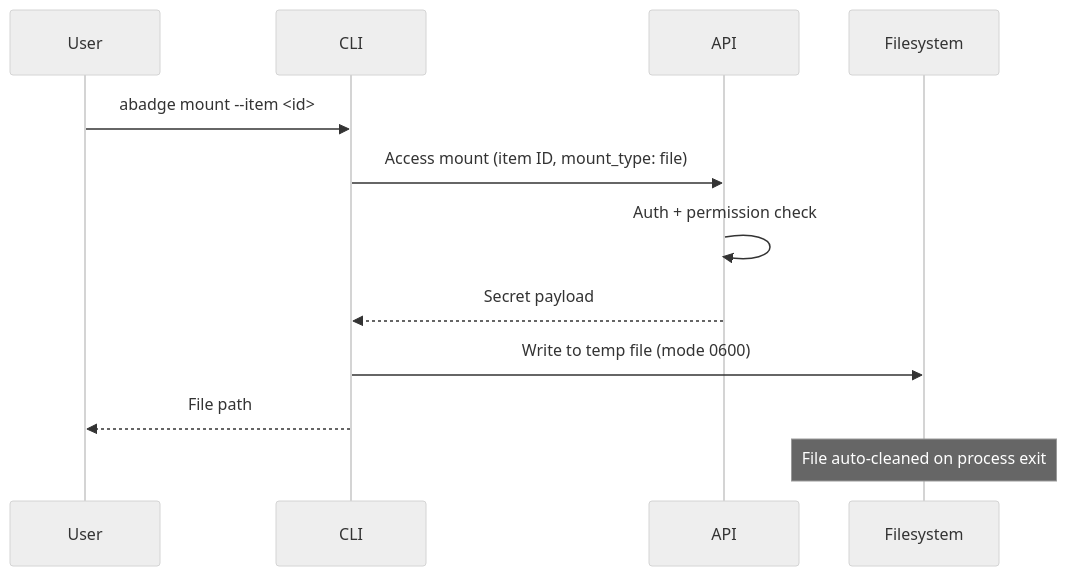
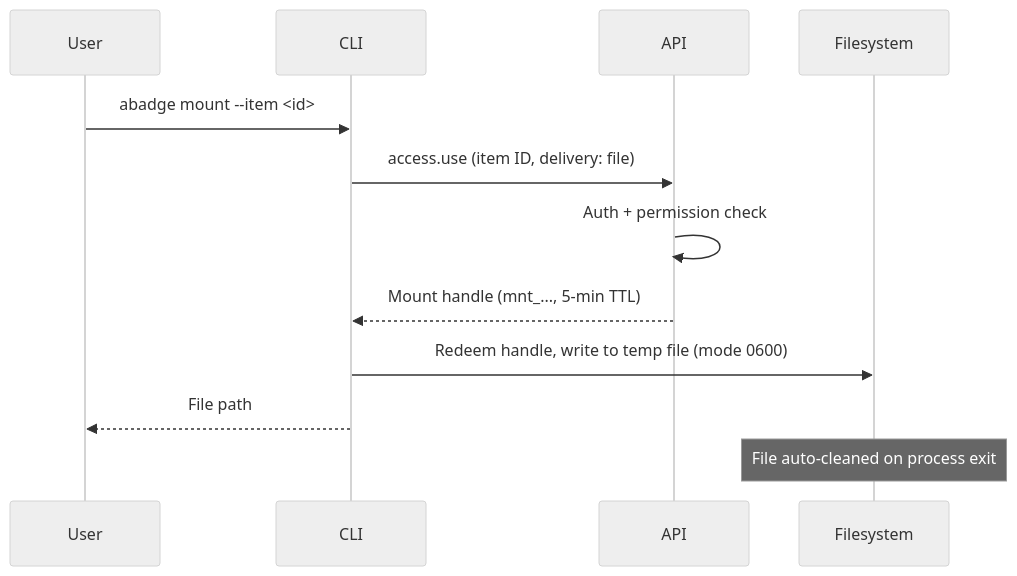
One commit to punitarani/abadge changed diagram 16 of 20 in docs/flow.md. Above: the diagram before and after it, drawn with Mermaid (neutral theme). The commit also changed other lines of this file and 217 other files, not shown here.

````diff
--- a/docs/flow.md
+++ b/docs/flow.md
@@ -381,15 +389,15 @@
 ```mermaid
 sequenceDiagram
   participant User as User
   participant CLI as CLI
   participant API as API
   participant FS as Filesystem
 
   User->>CLI: abadge mount --item <id>
-  CLI->>API: Access mount (item ID, mount_type: file)
+  CLI->>API: access.use (item ID, delivery: file)
   API->>API: Auth + permission check
-  API-->>CLI: Secret payload
-  CLI->>FS: Write to temp file (mode 0600)
+  API-->>CLI: Mount handle (mnt_..., 5-min TTL)
+  CLI->>FS: Redeem handle, write to temp file (mode 0600)
   CLI-->>User: File path
   Note over FS: File auto-cleaned on process exit
 ```
````
